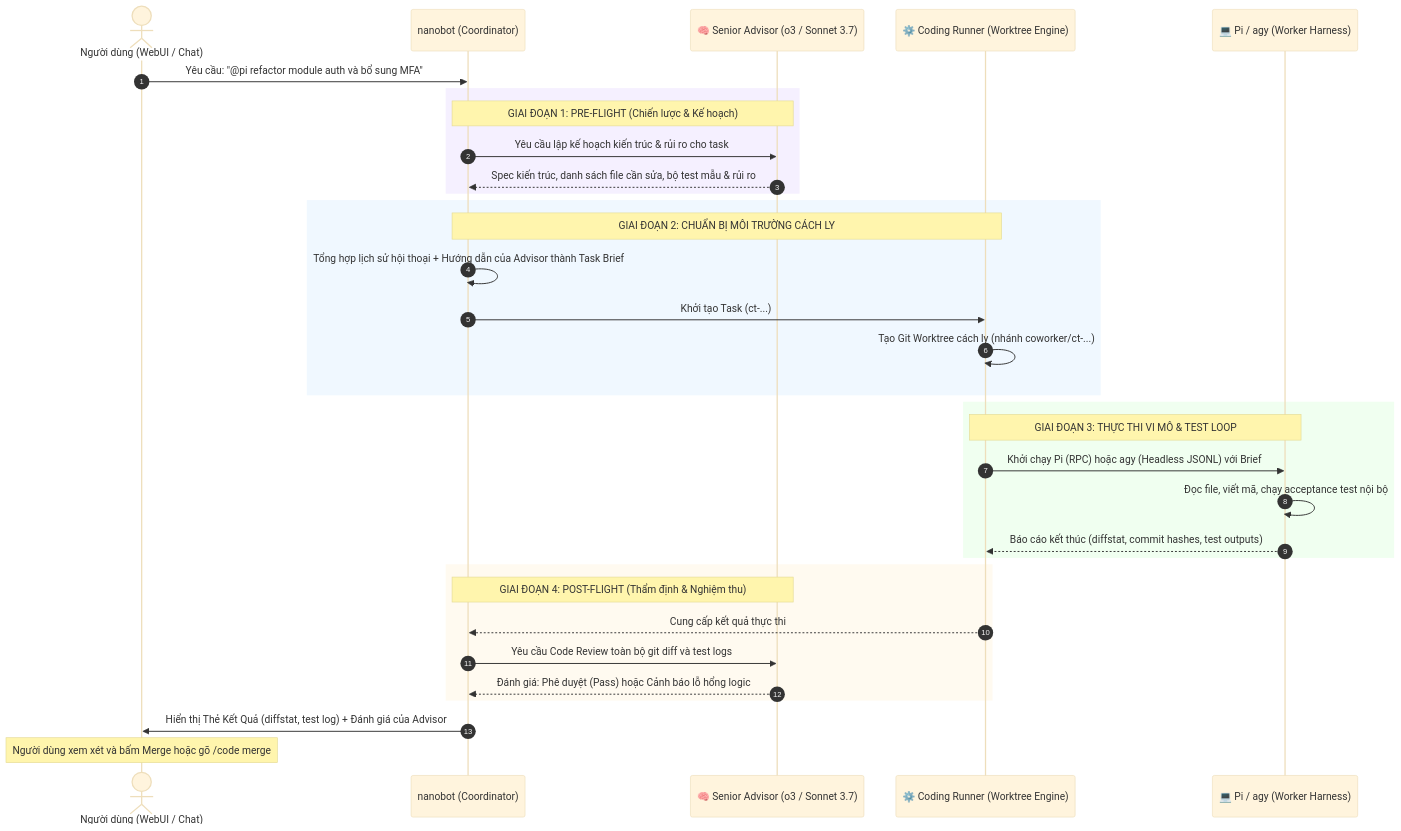
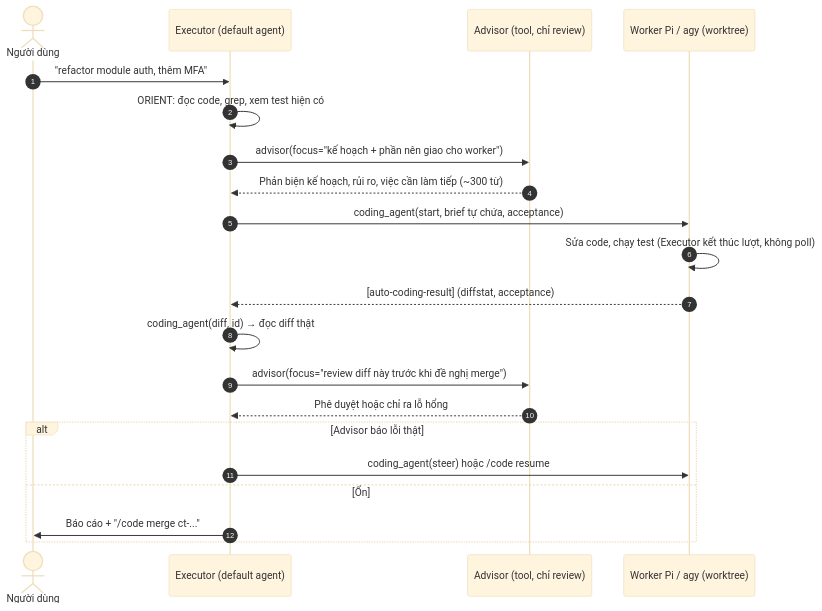
Before and after one commit to cuongpt083/nanobot: the diagram in docs/coworker/proposals/dual-brain-coding-agent.md, drawn with Mermaid (base theme). The commit also changed other lines of this file and 47 other files, not shown here.

Commit message:
feat(coding_agent): add UI config and subprocess handling methods for coding agents

````diff
--- a/docs/coworker/proposals/dual-brain-coding-agent.md
+++ b/docs/coworker/proposals/dual-brain-coding-agent.md
@@ -71,41 +39,24 @@
 ```mermaid
 sequenceDiagram
     autonumber
-    actor User as Người dùng (WebUI / Chat)
-    participant Coordinator as nanobot (Coordinator)
-    participant Advisor as 🧠 Senior Advisor (o3 / Sonnet 3.7)
-    participant Runner as ⚙️ Coding Runner (Worktree Engine)
-    participant Worker as 💻 Pi / agy (Worker Harness)
+    actor U as Người dùng
+    participant E as Executor (default agent)
+    participant A as Advisor (tool, chỉ review)
+    participant W as Worker Pi / agy (worktree)
 
-    User->>Coordinator: Yêu cầu: "@pi refactor module auth và bổ sung MFA"
-    
-    rect rgb(245, 240, 255)
-    Note over Coordinator,Advisor: GIAI ĐOẠN 1: PRE-FLIGHT (Chiến lược & Kế hoạch)
-    Coordinator->>Advisor: Yêu cầu lập kế hoạch kiến trúc & rủi ro cho task
-    Advisor-->>Coordinator: Spec kiến trúc, danh sách file cần sửa, bộ test mẫu & rủi ro
+    U->>E: "refactor module auth, thêm MFA"
+    E->>E: ORIENT: đọc code, grep, xem test hiện có
+    E->>A: advisor(focus="kế hoạch + phần nên giao cho worker")
+    A-->>E: Phản biện kế hoạch, rủi ro, việc cần làm tiếp (~300 từ)
+    E->>W: coding_agent(start, brief tự chứa, acceptance)
+    W->>W: Sửa code, chạy test (Executor kết thúc lượt, không poll)
+    W-->>E: [auto-coding-result] (diffstat, acceptance)
+    E->>E: coding_agent(diff, id) → đọc diff thật
+    E->>A: advisor(focus="review diff này trước khi đề nghị merge")
+    A-->>E: Phê duyệt hoặc chỉ ra lỗ hổng
+    alt Advisor báo lỗi thật
+        E->>W: coding_agent(steer) hoặc /code resume
+    else Ổn
+        E->>U: Báo cáo + "/code merge ct-..."
     end
-
-    rect rgb(240, 248, 255)
-    Note over Coordinator,Runner: GIAI ĐOẠN 2: CHUẨN BỊ MÔI TRƯỜNG CÁCH LY
-    Coordinator->>Coordinator: Tổng hợp lịch sử hội thoại + Hướng dẫn của Advisor thành Task Brief
-    Coordinator->>Runner: Khởi tạo Task (ct-...)
-    Runner->>Runner: Tạo Git Worktree cách ly (nhánh coworker/ct-...)
-    end
-
-    rect rgb(240, 255, 240)
-    Note over Runner,Worker: GIAI ĐOẠN 3: THỰC THI VI MÔ & TEST LOOP
-    Runner->>Worker: Khởi chạy Pi (RPC) hoặc agy (Headless JSONL) với Brief
-    Worker->>Worker: Đọc file, viết mã, chạy acceptance test nội bộ
-    Worker-->>Runner: Báo cáo kết thúc (diffstat, commit hashes, test outputs)
-    end
-
-    rect rgb(255, 250, 240)
-    Note over Coordinator,Advisor: GIAI ĐOẠN 4: POST-FLIGHT (Thẩm định & Nghiệm thu)
-    Runner-->>Coordinator: Cung cấp kết quả thực thi
-    Coordinator->>Advisor: Yêu cầu Code Review toàn bộ git diff và test logs
-    Advisor-->>Coordinator: Đánh giá: Phê duyệt (Pass) hoặc Cảnh báo lỗ hổng logic
-    end
-
-    Coordinator->>User: Hiển thị Thẻ Kết Quả (diffstat, test log) + Đánh giá của Advisor
-    Note over User: Người dùng xem xét và bấm Merge hoặc gõ /code merge
 ```
````
